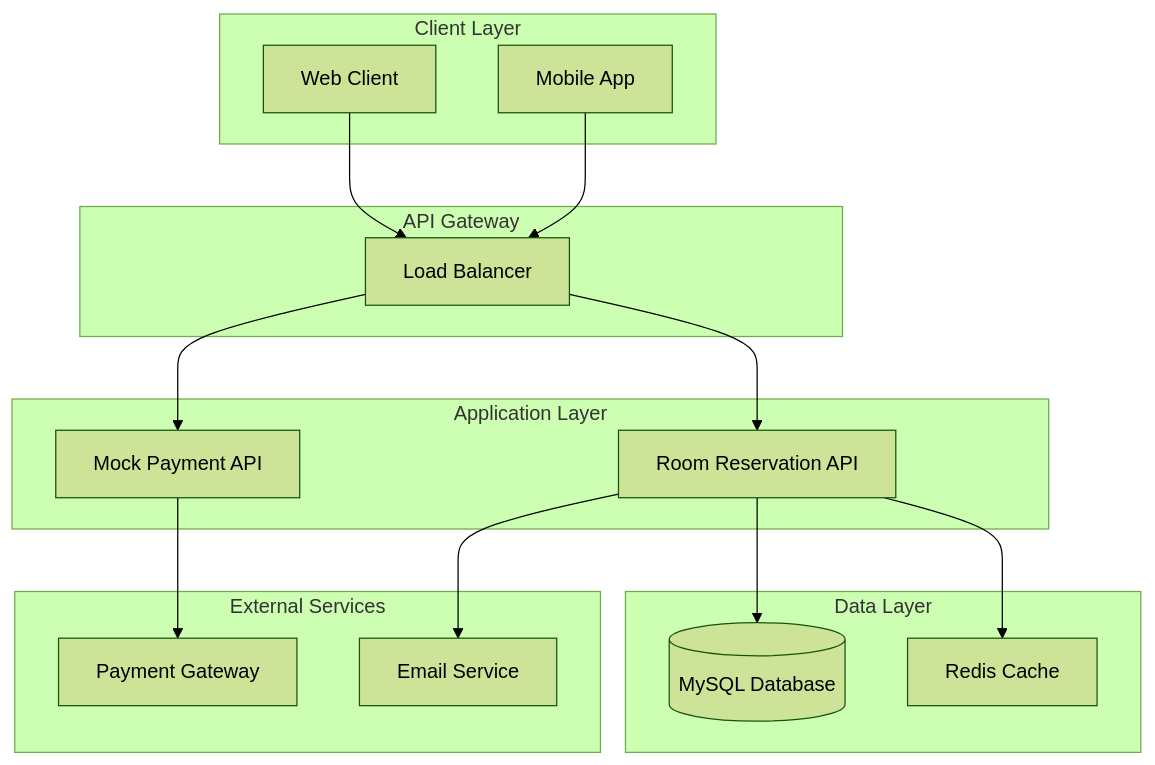
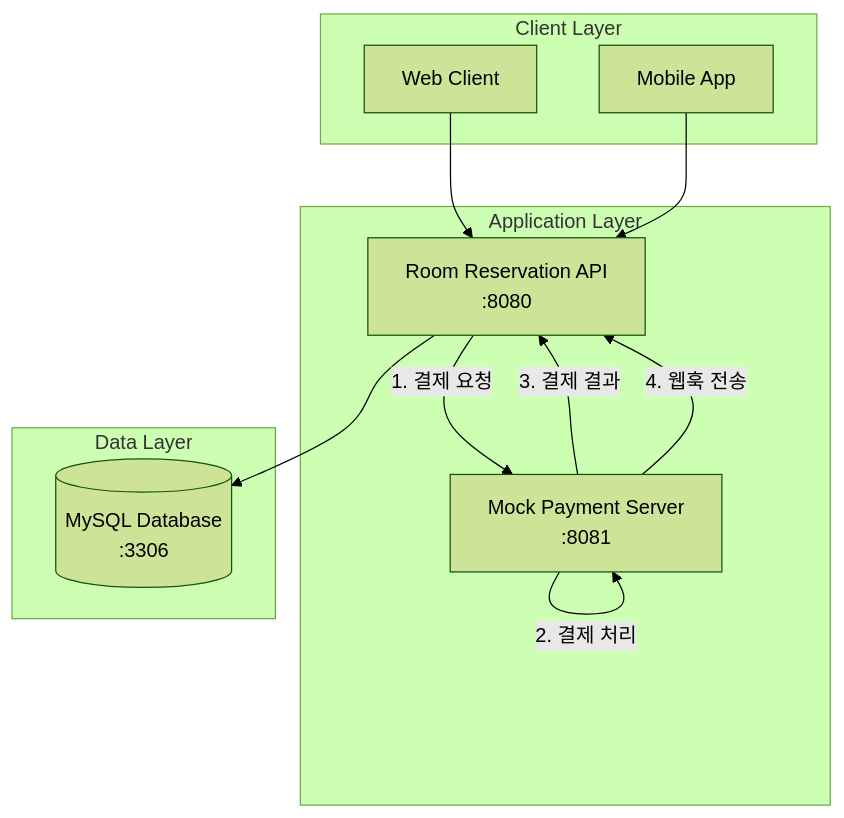
The diagram in README.md (ChangMinPark2/Room-Reservation), drawn with Mermaid (forest theme) before and after one commit.

Commit message:
chore: 리드미 파일 수정

````diff
--- a/README.md
+++ b/README.md
@@ -162,35 +162,30 @@
 ```mermaid
 graph TB
     subgraph "Client Layer"
         A[Web Client]
         B[Mobile App]
     end
     
-    subgraph "API Gateway"
-        C[Load Balancer]
-    end
-    
     subgraph "Application Layer"
-        D[Room Reservation API]
-        E[Mock Payment API]
+        D[Room Reservation API<br/>:8080]
+        E[Mock Payment Server<br/>:8081]
     end
     
     subgraph "Data Layer"
-        F[(MySQL Database)]
-        G[Redis Cache]
+        F[(MySQL Database<br/>:3306)]
     end
     
-    subgraph "External Services"
-        H[Payment Gateway]
-        I[Email Service]
-    end
+    A --> D
+    B --> D
     
-    A --> C
-    B --> C
-    C --> D
-    C --> E
+    %% 결제 요청 흐름
+    D -->|1. 결제 요청| E
+    E -->|2. 결제 처리| E
+    E -->|3. 결제 결과| D
+    
+    %% 웹훅 흐름
+    E -->|4. 웹훅 전송| D
+    
+    %% 데이터 저장
     D --> F
-    D --> G
-    E --> H
-    D --> I
 ```
````
